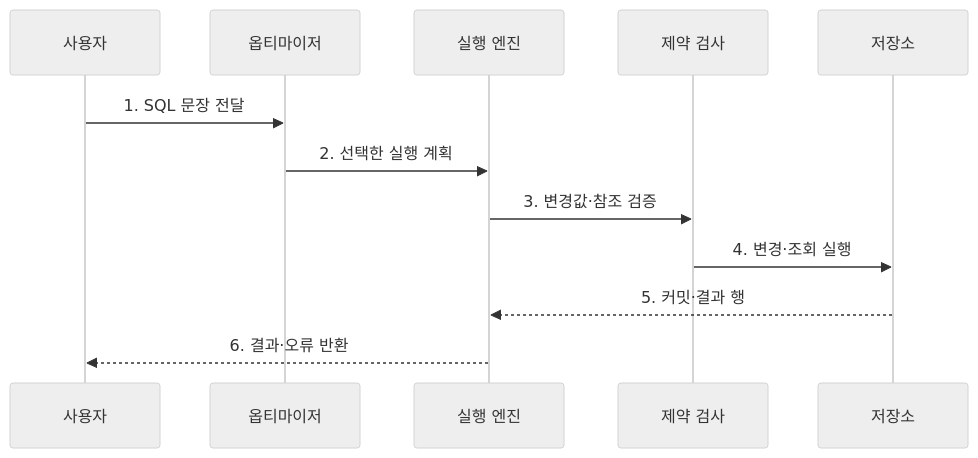
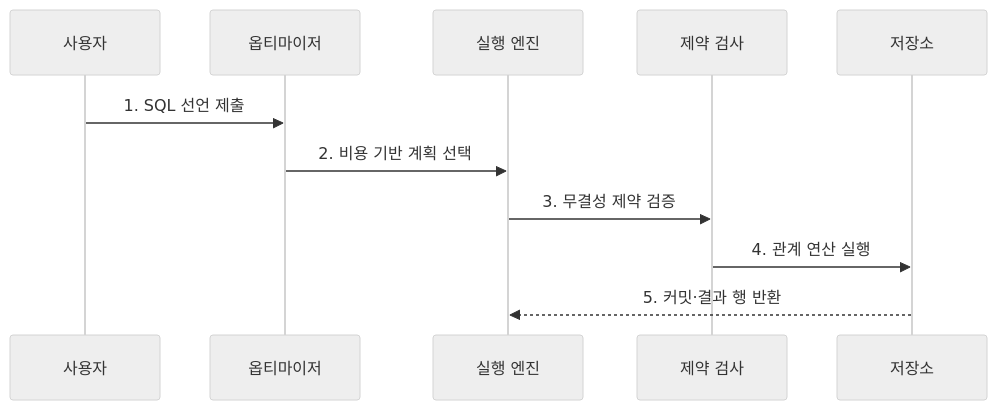
The second of 2 diagrams in src/content/docs/notes/03-software/084_relational_database.md (agnusdei1207/knowledge-base), drawn with Mermaid (neutral theme) before and after one commit. The commit also changed other lines of this file and 238 other files, not shown here.

````diff
--- a/src/content/docs/notes/03-software/084_relational_database.md
+++ b/src/content/docs/notes/03-software/084_relational_database.md
@@ -85,14 +85,13 @@
 ```mermaid
 sequenceDiagram
     participant U as 사용자
     participant O as 옵티마이저
     participant E as 실행 엔진
     participant C as 제약 검사
     participant S as 저장소
-    U->>O: 1. SQL 문장 전달
-    O->>E: 2. 선택한 실행 계획
-    E->>C: 3. 변경값·참조 검증
-    C->>S: 4. 변경·조회 실행
-    S-->>E: 5. 커밋·결과 행
-    E-->>U: 6. 결과·오류 반환
+    U->>O: 1. SQL 선언 제출
+    O->>E: 2. 비용 기반 계획 선택
+    E->>C: 3. 무결성 제약 검증
+    C->>S: 4. 관계 연산 실행
+    S-->>E: 5. 커밋·결과 행 반환
 ```
````
